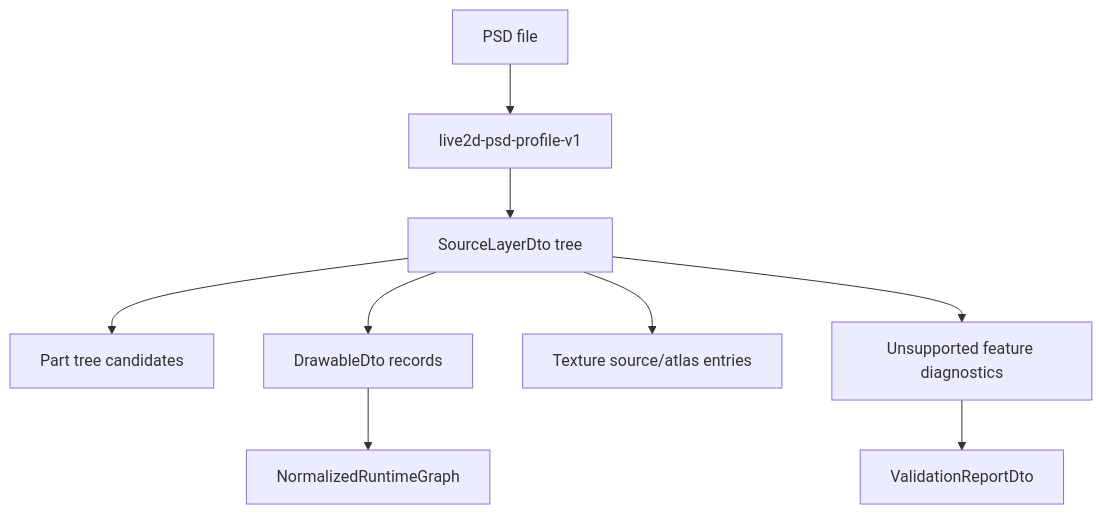
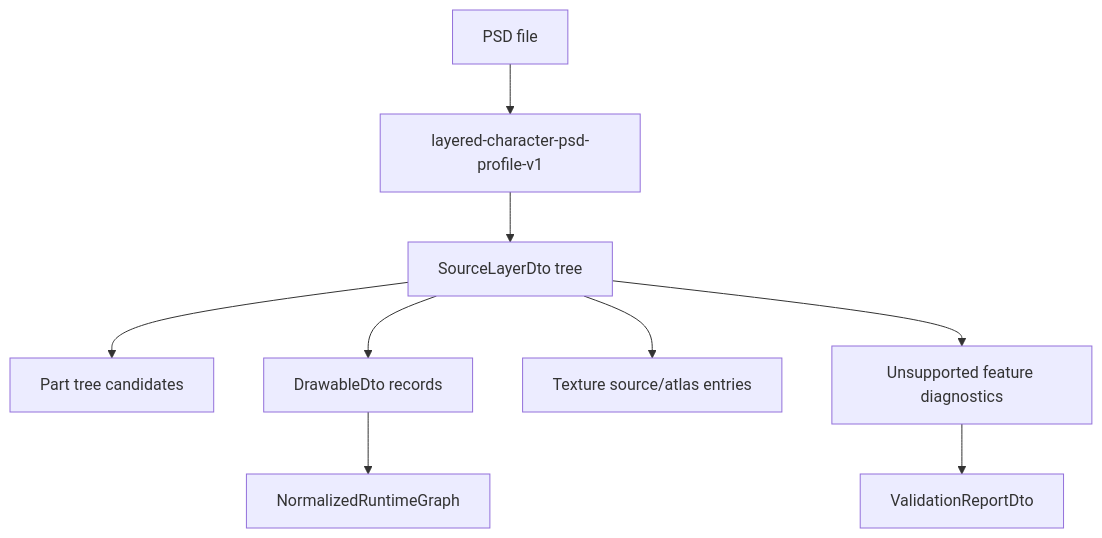
Before and after one commit to remie-code/2d-rigging-lab: the third of 3 diagrams in discussion/design/module-contracts/package-file-format-contract.md, drawn with Mermaid. The commit also changed other lines of this file and 113 other files, not shown here.

````diff
--- a/discussion/design/module-contracts/package-file-format-contract.md
+++ b/discussion/design/module-contracts/package-file-format-contract.md
@@ -486,11 +491,11 @@
 ```mermaid
 flowchart TB
-  PSD[PSD file] --> Profile[live2d-psd-profile-v1]
+  PSD[PSD file] --> Profile[layered-character-psd-profile-v1]
   Profile --> LayerTree[SourceLayerDto tree]
   LayerTree --> Parts[Part tree candidates]
   LayerTree --> Drawables[DrawableDto records]
   LayerTree --> Textures[Texture source/atlas entries]
   LayerTree --> Unsupported[Unsupported feature diagnostics]
   Drawables --> RuntimeGraph[NormalizedRuntimeGraph]
   Unsupported --> Validator[ValidationReportDto]
 ```
````
